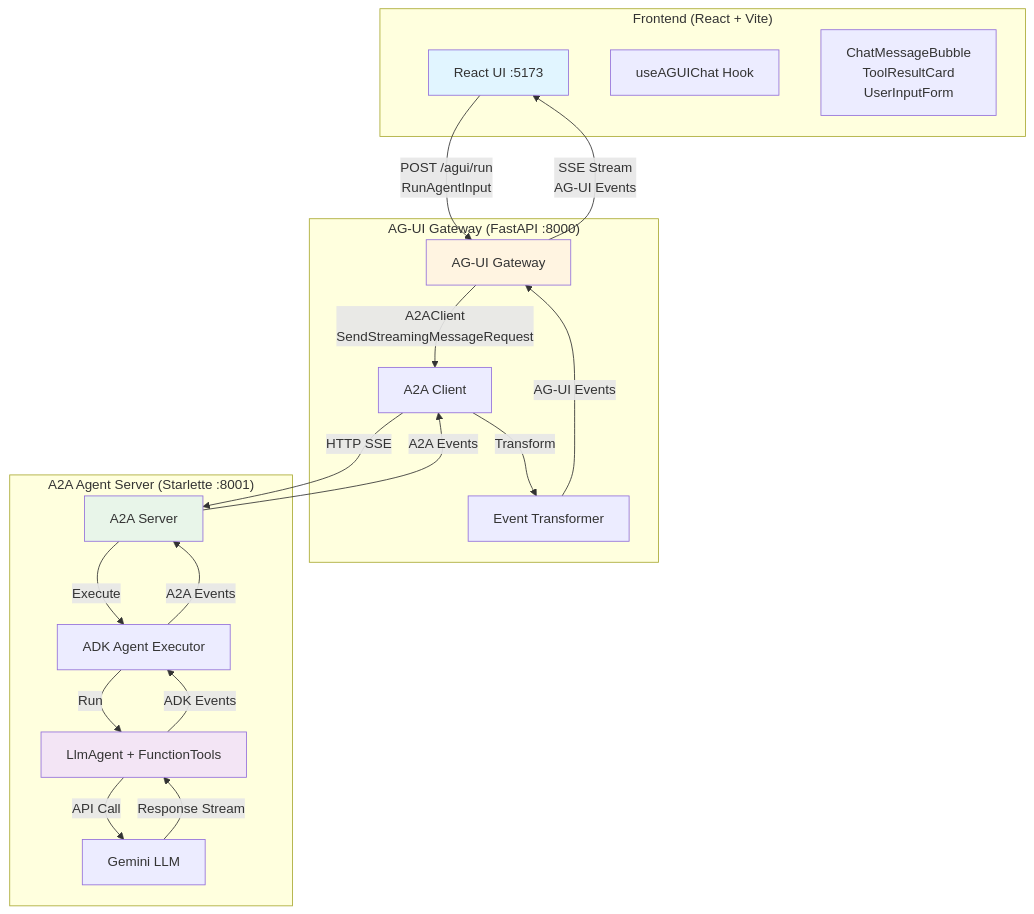
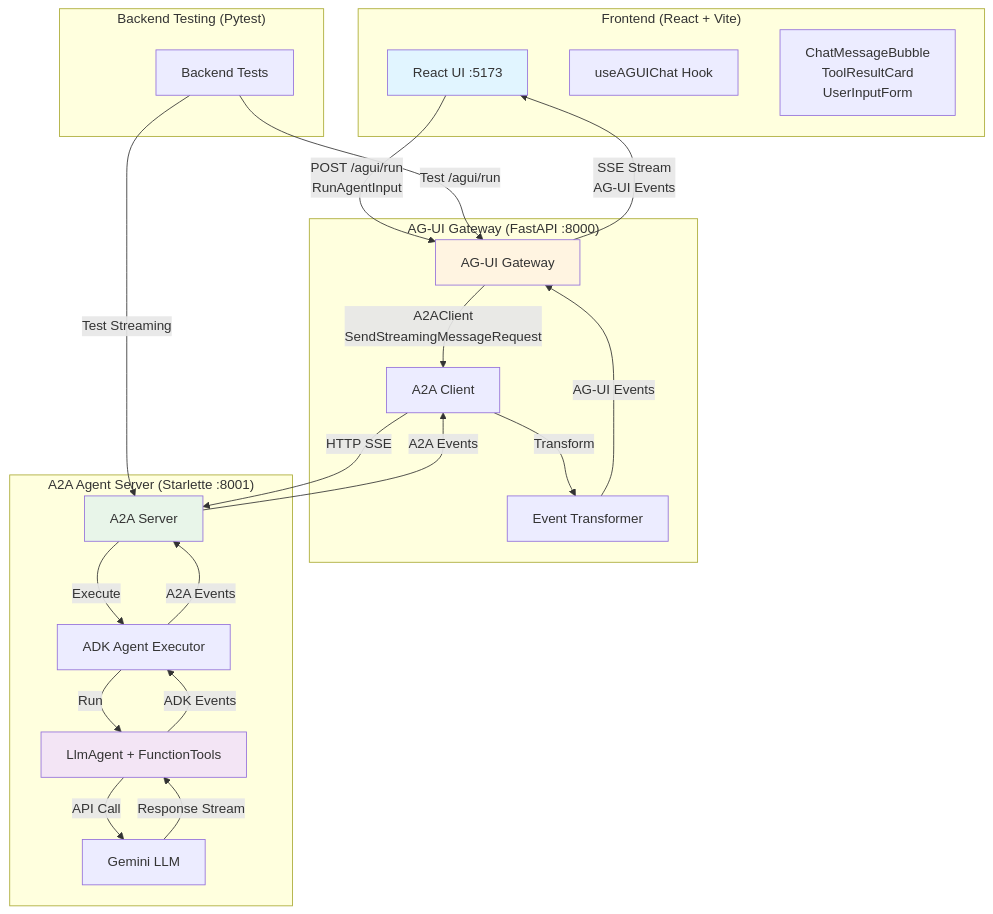
The first of 3 diagrams in COMMUNICATION_FLOW.md (park-kitae/travel-agui), drawn with Mermaid before and after one commit. The commit also changed other lines of this file and 17 other files, not shown here.

````diff
--- a/COMMUNICATION_FLOW.md
+++ b/COMMUNICATION_FLOW.md
@@ -22,42 +22,48 @@
 ```mermaid
 graph TB
     subgraph "Frontend (React + Vite)"
         UI[React UI :5173]
         Hook[useAGUIChat Hook]
         Components[ChatMessageBubble<br/>ToolResultCard<br/>UserInputForm]
     end
 
     subgraph "AG-UI Gateway (FastAPI :8000)"
         Gateway[AG-UI Gateway]
         A2AClient[A2A Client]
         Transformer[Event Transformer]
     end
 
     subgraph "A2A Agent Server (Starlette :8001)"
         A2AServer[A2A Server]
         ADKExecutor[ADK Agent Executor]
         Agent[LlmAgent + FunctionTools]
         Gemini[Gemini LLM]
     end
 
     UI -->|POST /agui/run<br/>RunAgentInput| Gateway
     Gateway -->|SSE Stream<br/>AG-UI Events| UI
 
     Gateway -->|A2AClient<br/>SendStreamingMessageRequest| A2AClient
     A2AClient -->|HTTP SSE| A2AServer
     A2AServer -->|A2A Events| A2AClient
     A2AClient -->|Transform| Transformer
     Transformer -->|AG-UI Events| Gateway
 
     A2AServer -->|Execute| ADKExecutor
     ADKExecutor -->|Run| Agent
     Agent -->|API Call| Gemini
     Gemini -->|Response Stream| Agent
     Agent -->|ADK Events| ADKExecutor
     ADKExecutor -->|A2A Events| A2AServer
 
+    subgraph "Backend Testing (Pytest)"
+        BT[Backend Tests]
+        BT -->|Test /agui/run| Gateway
+        BT -->|Test Streaming| A2AServer
+    end
+
     style UI fill:#e1f5ff
     style Gateway fill:#fff4e1
     style A2AServer fill:#e8f5e9
     style Agent fill:#f3e5f5
 ```
````
